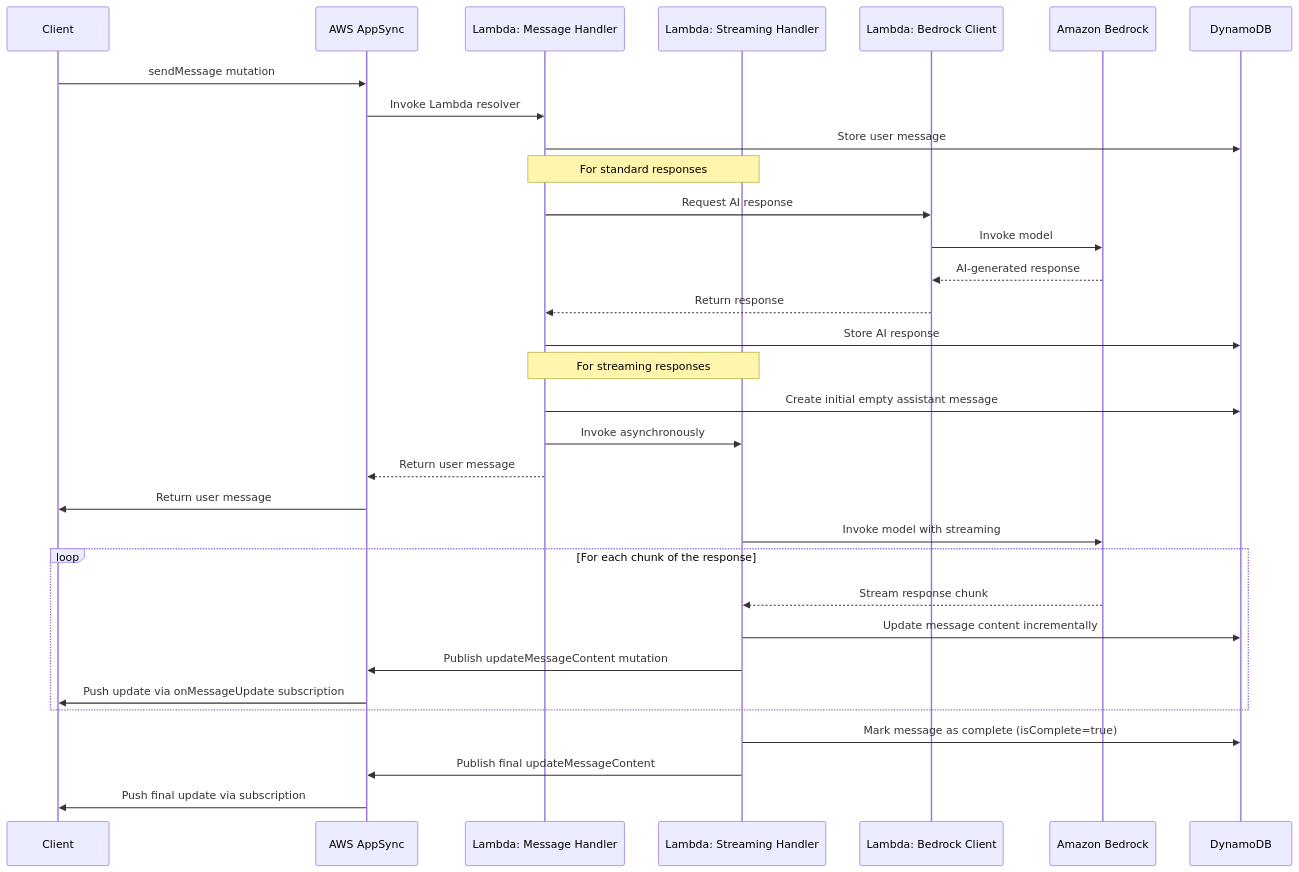
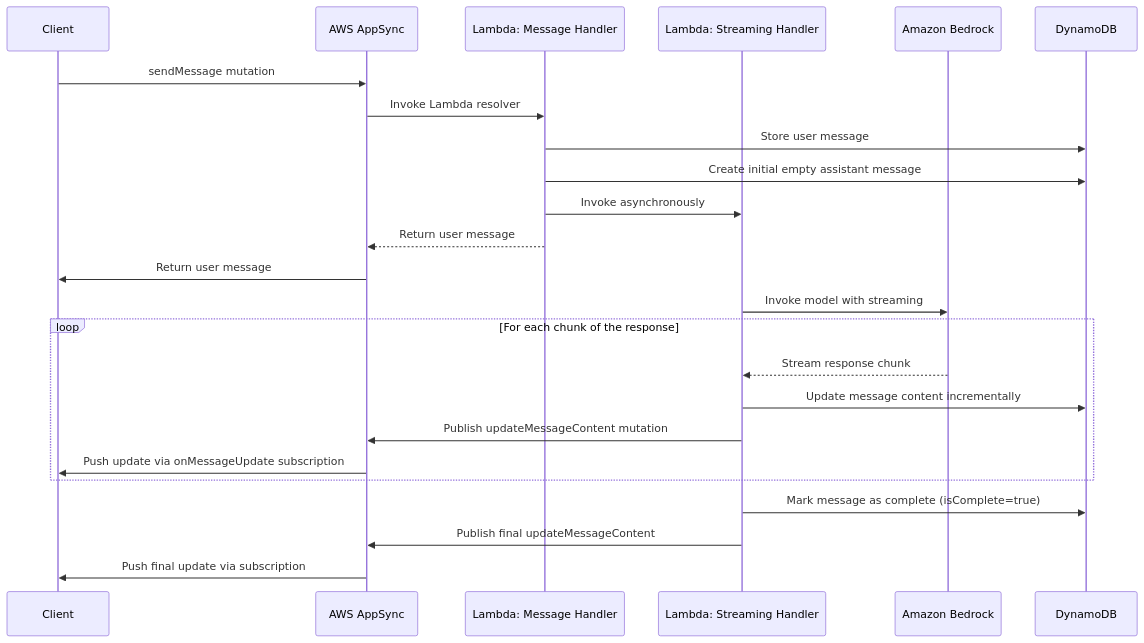
One commit to aws-samples/sample-aws-appsync-bedrock-chatbot-terraform changed the second of 4 diagrams in architecture-diagram.md. Above: the diagram before and after it, drawn with Mermaid. The commit also changed other lines of this file and 7 other files, not shown here.

First line of the commit message:
refactor: remove unused Bedrock Client Lambda

````diff
--- a/architecture-diagram.md
+++ b/architecture-diagram.md
@@ -51,40 +47,31 @@
 ```mermaid
 sequenceDiagram
     participant Client
     participant AppSync as AWS AppSync
     participant MessageHandler as Lambda: Message Handler
     participant StreamingHandler as Lambda: Streaming Handler
-    participant BedrockClient as Lambda: Bedrock Client
     participant Bedrock as Amazon Bedrock
     participant DynamoDB
     
     Client->>AppSync: sendMessage mutation
     AppSync->>MessageHandler: Invoke Lambda resolver
     MessageHandler->>DynamoDB: Store user message
     
-    Note over MessageHandler,StreamingHandler: For standard responses
-    MessageHandler->>BedrockClient: Request AI response
-    BedrockClient->>Bedrock: Invoke model
-    Bedrock-->>BedrockClient: AI-generated response
-    BedrockClient-->>MessageHandler: Return response
-    MessageHandler->>DynamoDB: Store AI response
-    
-    Note over MessageHandler,StreamingHandler: For streaming responses
     MessageHandler->>DynamoDB: Create initial empty assistant message
     MessageHandler->>StreamingHandler: Invoke asynchronously
     MessageHandler-->>AppSync: Return user message
     AppSync->>Client: Return user message
     
     StreamingHandler->>Bedrock: Invoke model with streaming
     
     loop For each chunk of the response
         Bedrock-->>StreamingHandler: Stream response chunk
         StreamingHandler->>DynamoDB: Update message content incrementally
         StreamingHandler->>AppSync: Publish updateMessageContent mutation
         AppSync->>Client: Push update via onMessageUpdate subscription
     end
     
     StreamingHandler->>DynamoDB: Mark message as complete (isComplete=true)
     StreamingHandler->>AppSync: Publish final updateMessageContent
     AppSync->>Client: Push final update via subscription
 ```
````
